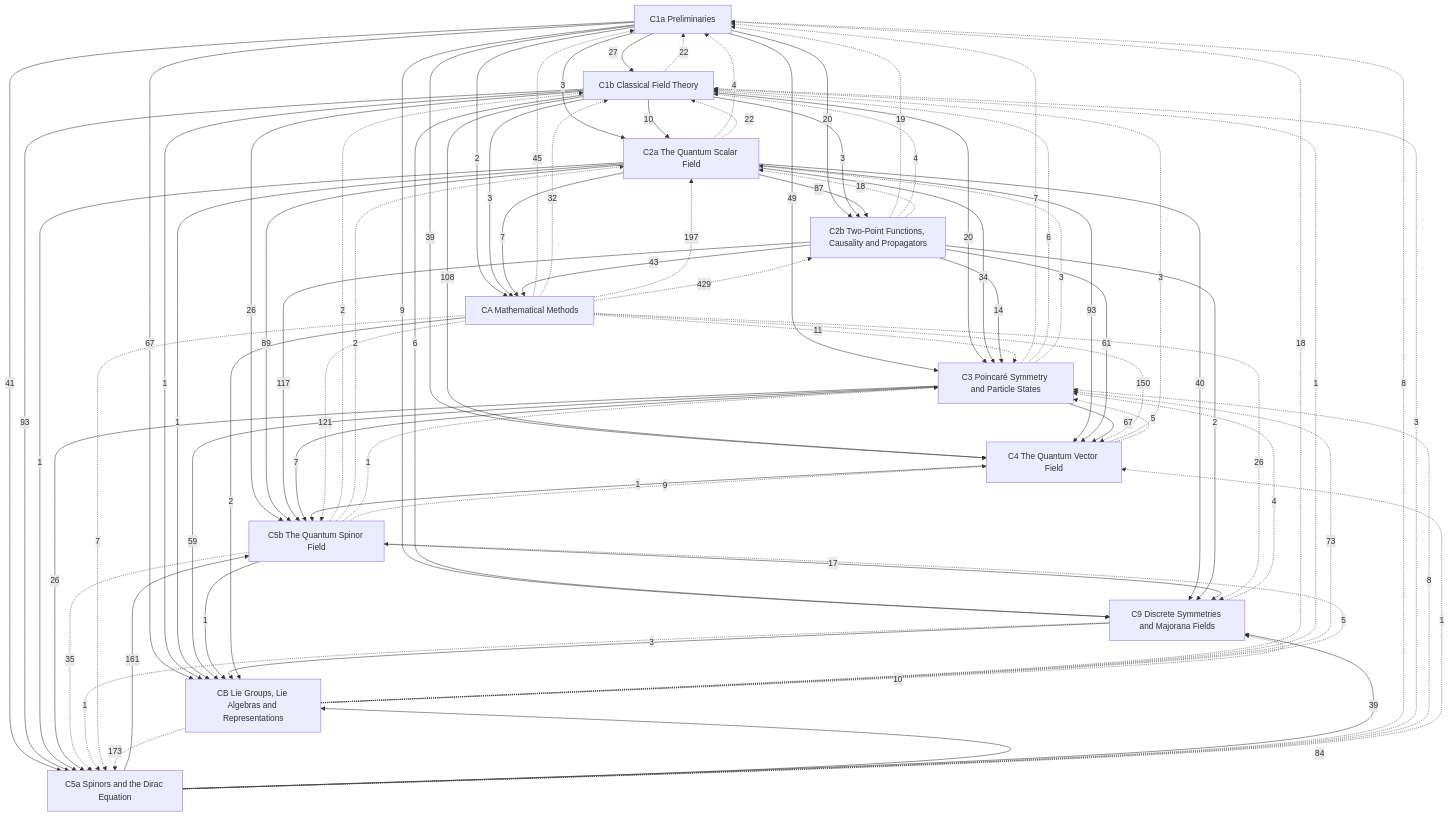
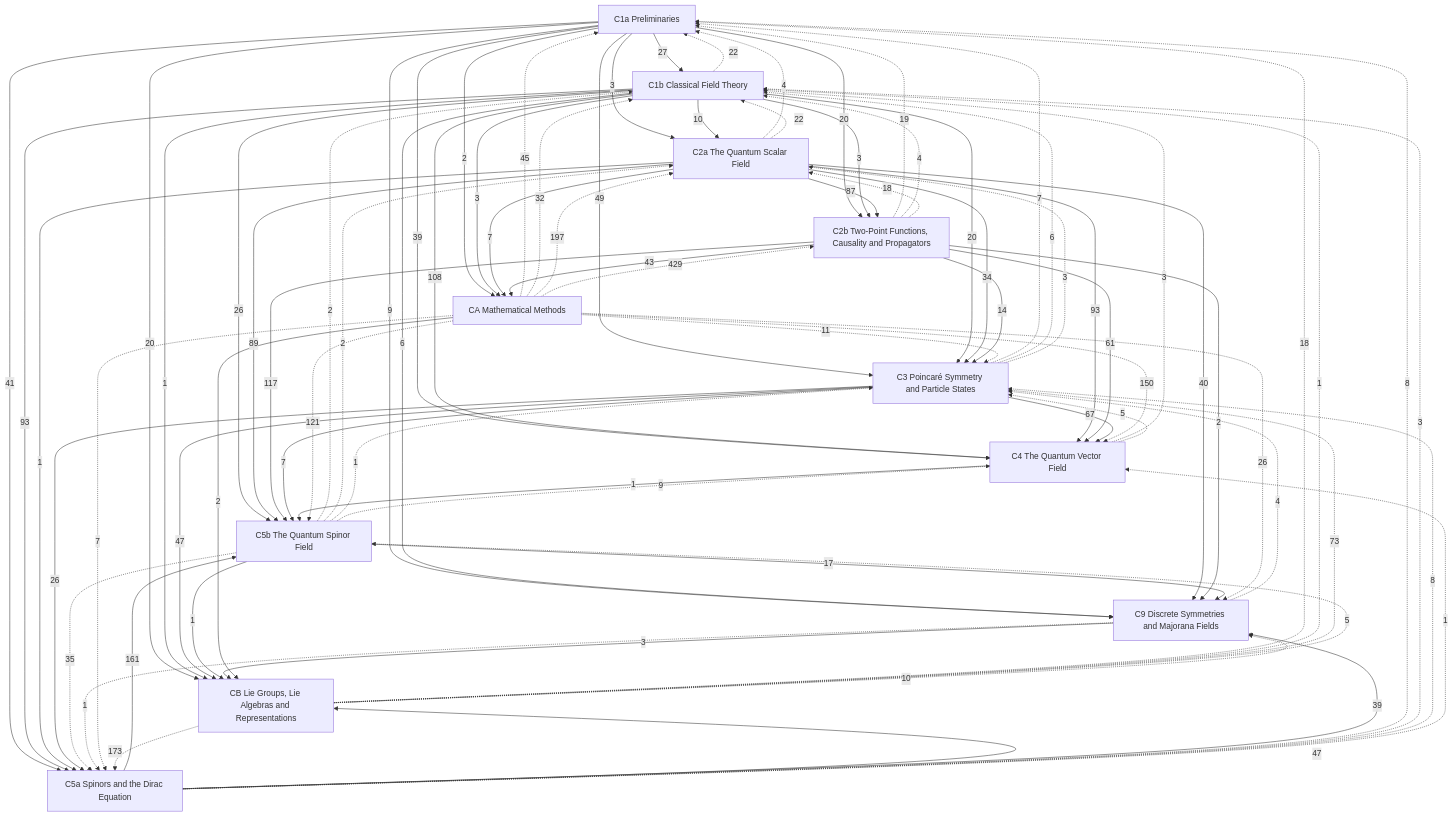
The diagram in Physics/Quantum Field Theory/Quantum Field Theory.md (Onion20040508/notes), drawn with Mermaid before and after one commit. The commit also changed 29 other files, not shown here.

```diff
--- a/Physics/Quantum Field Theory/Quantum Field Theory.md
+++ b/Physics/Quantum Field Theory/Quantum Field Theory.md
@@ -75,11 +75,10 @@
   C1b -->|3| CA
   C2a -->|7| CA
   C2b -->|43| CA
-  C1a -->|67| CB
+  C1a -->|20| CB
   C1b -->|1| CB
-  C2a -->|1| CB
-  C3 -->|59| CB
-  C5a -->|84| CB
+  C3 -->|47| CB
+  C5a -->|47| CB
   C5b -->|1| CB
   C9 -->|3| CB
   CA -->|2| CB
```
